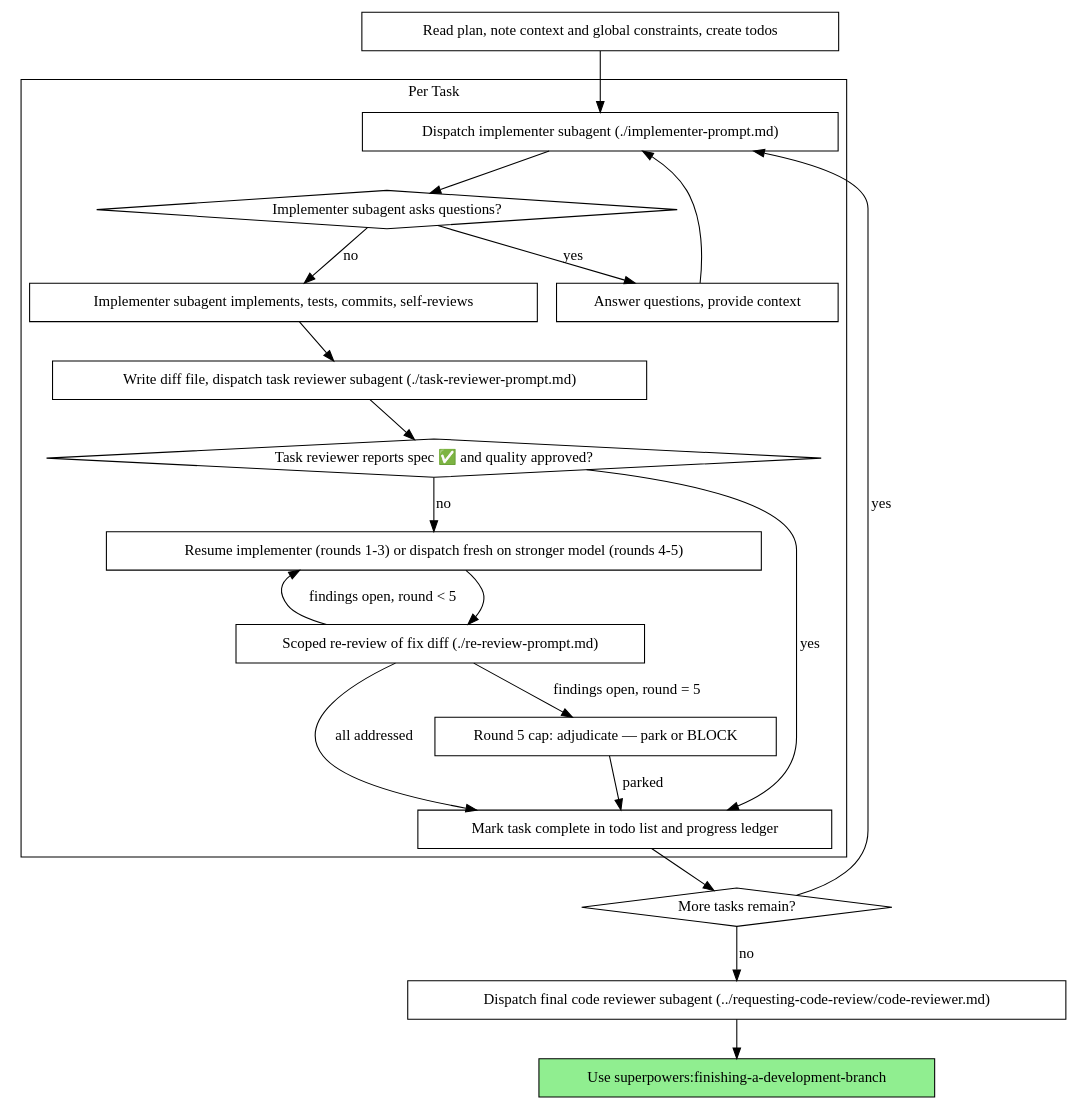
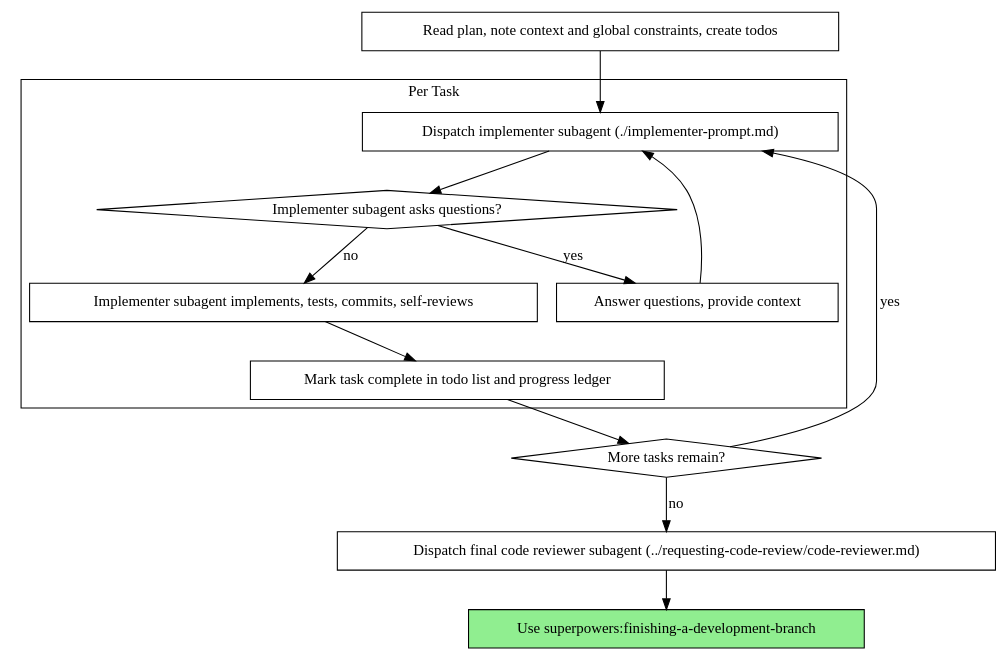
Before and after one commit to CagesThrottleUs/private-ai-harness: the second of 2 diagrams in skills/subagent-driven-development/SKILL.md, drawn with Graphviz. The commit also changed other lines of this file and 7 other files, not shown here.

First line of the commit message:
refactor(skills): drop per-task review gate from plan execution

````diff
--- a/skills/subagent-driven-development/SKILL.md
+++ b/skills/subagent-driven-development/SKILL.md
@@ -47,43 +47,30 @@
 ```dot
 digraph process {
     rankdir=TB;
 
     subgraph cluster_per_task {
         label="Per Task";
         "Dispatch implementer subagent (./implementer-prompt.md)" [shape=box];
         "Implementer subagent asks questions?" [shape=diamond];
         "Answer questions, provide context" [shape=box];
         "Implementer subagent implements, tests, commits, self-reviews" [shape=box];
-        "Write diff file, dispatch task reviewer subagent (./task-reviewer-prompt.md)" [shape=box];
-        "Task reviewer reports spec ✅ and quality approved?" [shape=diamond];
-        "Resume implementer (rounds 1-3) or dispatch fresh on stronger model (rounds 4-5)" [shape=box];
-        "Scoped re-review of fix diff (./re-review-prompt.md)" [shape=box];
-        "Round 5 cap: adjudicate — park or BLOCK" [shape=box];
         "Mark task complete in todo list and progress ledger" [shape=box];
     }
 
     "Read plan, note context and global constraints, create todos" [shape=box];
     "More tasks remain?" [shape=diamond];
     "Dispatch final code reviewer subagent (../requesting-code-review/code-reviewer.md)" [shape=box];
     "Use superpowers:finishing-a-development-branch" [shape=box style=filled fillcolor=lightgreen];
 
     "Read plan, note context and global constraints, create todos" -> "Dispatch implementer subagent (./implementer-prompt.md)";
     "Dispatch implementer subagent (./implementer-prompt.md)" -> "Implementer subagent asks questions?";
     "Implementer subagent asks questions?" -> "Answer questions, provide context" [label="yes"];
     "Answer questions, provide context" -> "Dispatch implementer subagent (./implementer-prompt.md)";
     "Implementer subagent asks questions?" -> "Implementer subagent implements, tests, commits, self-reviews" [label="no"];
-    "Implementer subagent implements, tests, commits, self-reviews" -> "Write diff file, dispatch task reviewer subagent (./task-reviewer-prompt.md)";
-    "Write diff file, dispatch task reviewer subagent (./task-reviewer-prompt.md)" -> "Task reviewer reports spec ✅ and quality approved?";
-    "Task reviewer reports spec ✅ and quality approved?" -> "Resume implementer (rounds 1-3) or dispatch fresh on stronger model (rounds 4-5)" [label="no"];
-    "Resume implementer (rounds 1-3) or dispatch fresh on stronger model (rounds 4-5)" -> "Scoped re-review of fix diff (./re-review-prompt.md)";
-    "Scoped re-review of fix diff (./re-review-prompt.md)" -> "Resume implementer (rounds 1-3) or dispatch fresh on stronger model (rounds 4-5)" [label="findings open, round < 5"];
-    "Scoped re-review of fix diff (./re-review-prompt.md)" -> "Round 5 cap: adjudicate — park or BLOCK" [label="findings open, round = 5"];
-    "Scoped re-review of fix diff (./re-review-prompt.md)" -> "Mark task complete in todo list and progress ledger" [label="all addressed"];
-    "Round 5 cap: adjudicate — park or BLOCK" -> "Mark task complete in todo list and progress ledger" [label="parked"];
-    "Task reviewer reports spec ✅ and quality approved?" -> "Mark task complete in todo list and progress ledger" [label="yes"];
+    "Implementer subagent implements, tests, commits, self-reviews" -> "Mark task complete in todo list and progress ledger";
     "Mark task complete in todo list and progress ledger" -> "More tasks remain?";
     "More tasks remain?" -> "Dispatch implementer subagent (./implementer-prompt.md)" [label="yes"];
     "More tasks remain?" -> "Dispatch final code reviewer subagent (../requesting-code-review/code-reviewer.md)" [label="no"];
     "Dispatch final code reviewer subagent (../requesting-code-review/code-reviewer.md)" -> "Use superpowers:finishing-a-development-branch";
 }
 ```
````
